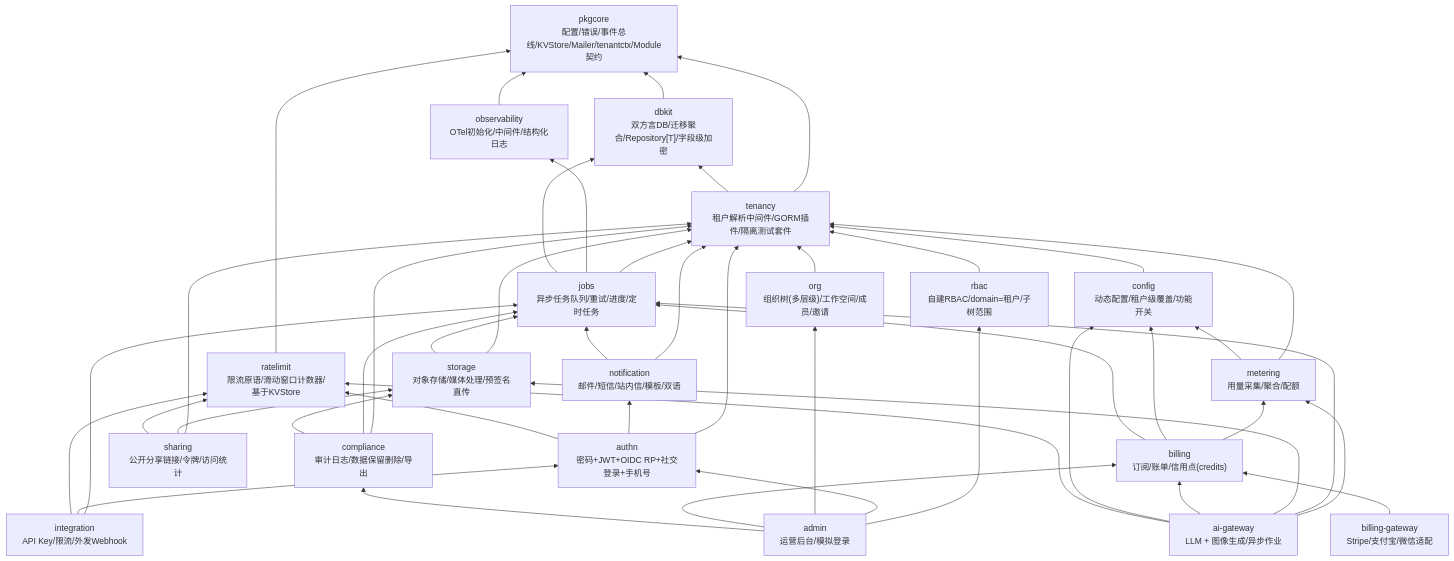
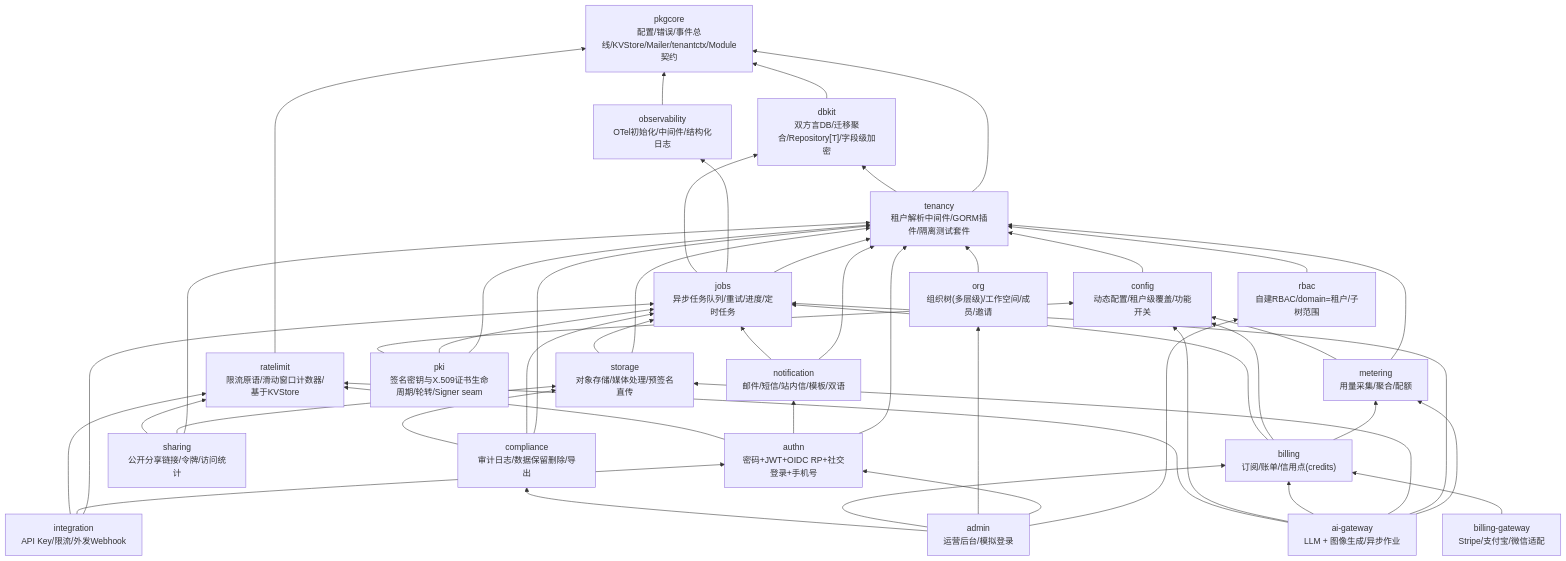
One commit to vislake/speed changed the diagram in docs/internal/01-architecture.md. Above: the diagram before and after it, drawn with Mermaid. The commit also changed other lines of this file and 3 other files, not shown here.

````diff
--- a/docs/internal/01-architecture.md
+++ b/docs/internal/01-architecture.md
@@ -10,68 +10,72 @@
 ```mermaid
 graph BT
     pkgcore["pkgcore<br/>配置/错误/事件总线/KVStore/Mailer/tenantctx/Module契约"]
     dbkit["dbkit<br/>双方言DB/迁移聚合/Repository[T]/字段级加密"]
     obs["observability<br/>OTel初始化/中间件/结构化日志"]
     tenancy["tenancy<br/>租户解析中间件/GORM插件/隔离测试套件"]
     ratelimit["ratelimit<br/>限流原语/滑动窗口计数器/基于KVStore"]
     cfg["config<br/>动态配置/租户级覆盖/功能开关"]
     jobs["jobs<br/>异步任务队列/重试/进度/定时任务"]
     storage["storage<br/>对象存储/媒体处理/预签名直传"]
     notify["notification<br/>邮件/短信/站内信/模板/双语"]
+    pki["pki<br/>签名密钥与X.509证书生命周期/轮转/Signer seam"]
     authn["authn<br/>密码+JWT+OIDC RP+社交登录+手机号"]
     rbac["rbac<br/>自建RBAC/domain=租户/子树范围"]
     metering["metering<br/>用量采集/聚合/配额"]
     org["org<br/>组织树(多层级)/工作空间/成员/邀请"]
     billing["billing<br/>订阅/账单/信用点(credits)"]
     bgw["billing-gateway<br/>Stripe/支付宝/微信适配"]
     ai["ai-gateway<br/>LLM + 图像生成/异步作业"]
     sharing["sharing<br/>公开分享链接/令牌/访问统计"]
     integ["integration<br/>API Key/限流/外发Webhook"]
     comp["compliance<br/>审计日志/数据保留删除/导出"]
     admin["admin<br/>运营后台/模拟登录"]
 
     dbkit --> pkgcore
     obs --> pkgcore
     tenancy --> pkgcore
     tenancy --> dbkit
     ratelimit --> pkgcore
     cfg --> tenancy
     jobs --> tenancy
     jobs --> obs
     jobs --> dbkit
     storage --> tenancy
     storage --> jobs
     notify --> tenancy
     notify --> jobs
+    pki --> tenancy
+    pki --> jobs
+    pki --> cfg
     authn --> tenancy
     authn --> notify
     authn --> ratelimit
     rbac --> tenancy
     metering --> tenancy
     metering --> cfg
     org --> tenancy
     billing --> metering
     billing --> cfg
     billing --> jobs
     bgw --> billing
     ai --> metering
     ai --> jobs
     ai --> storage
     ai --> billing
     ai --> cfg
     ai --> ratelimit
     sharing --> tenancy
     sharing --> storage
     sharing --> ratelimit
     integ --> jobs
     integ --> authn
     integ --> ratelimit
     comp --> tenancy
     comp --> jobs
     comp --> storage
     admin --> rbac
     admin --> authn
     admin --> org
     admin --> billing
     admin --> comp
 ```
````
